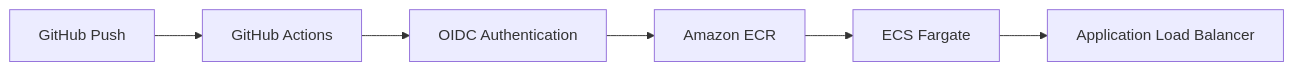
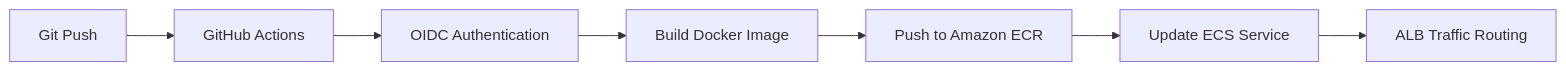
Before and after one commit to wandytorres/aws-cloud-journey: the second of 5 diagrams in README.md, drawn with Mermaid. The commit also changed other lines of this file, not shown here.

````diff
--- a/README.md
+++ b/README.md
@@ -30,8 +24,9 @@
 ```mermaid
 flowchart LR
-    A[GitHub Push] --> B[GitHub Actions]
+    A[Git Push] --> B[GitHub Actions]
     B --> C[OIDC Authentication]
-    C --> D[Amazon ECR]
-    D --> E[ECS Fargate]
-    E --> F[Application Load Balancer]
+    C --> D[Build Docker Image]
+    D --> E[Push to Amazon ECR]
+    E --> F[Update ECS Service]
+    F --> G[ALB Traffic Routing]
 ```
````
